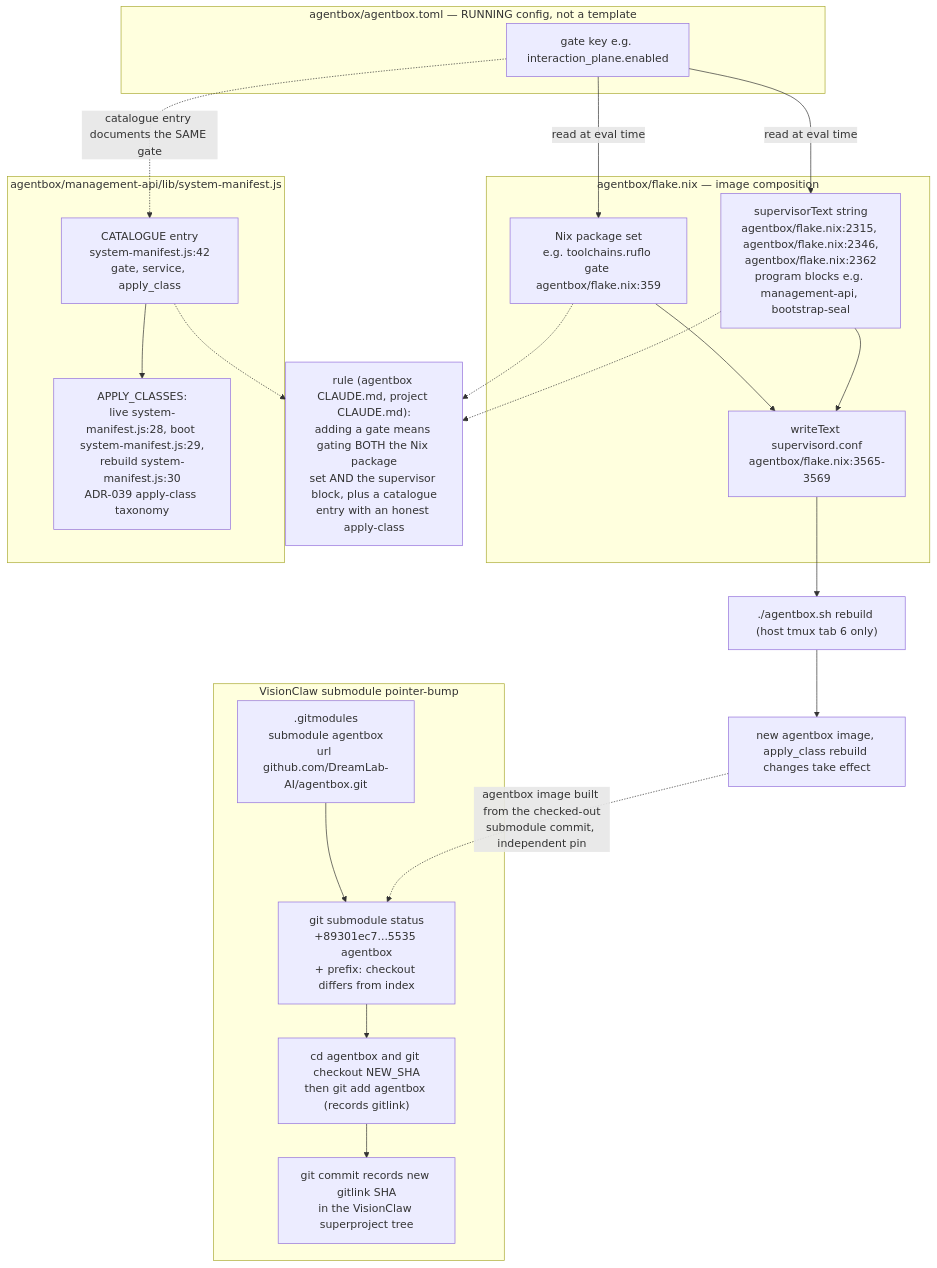
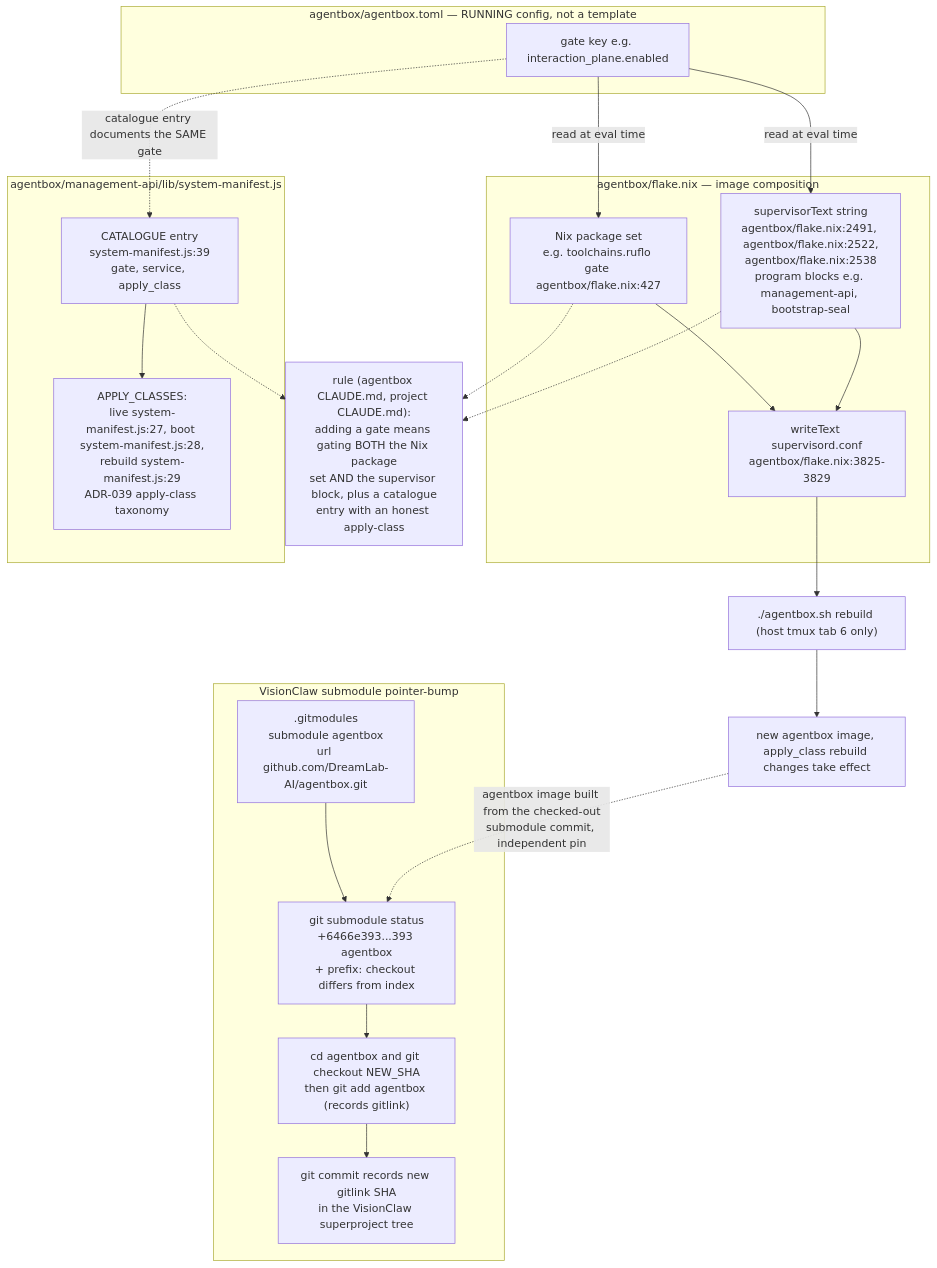
One commit to DreamLab-AI/VisionFlow changed the tenth of 24 diagrams in docs/diagrams/estate/09-build-deploy-and-ci-estate.md. Above: the diagram before and after it, drawn with Mermaid. The commit also changed other lines of this file and 111 other files, not shown here.

Commit message:
docs(diagrams): align estate maps with current source

````diff
--- a/docs/diagrams/estate/09-build-deploy-and-ci-estate.md
+++ b/docs/diagrams/estate/09-build-deploy-and-ci-estate.md
@@ -376,42 +376,42 @@
 ```mermaid
 flowchart TB
     subgraph FLAKE["agentbox/flake.nix — image composition"]
-        NIXPKG["Nix package set<br/>e.g. toolchains.ruflo gate agentbox/flake.nix:359"]
-        SUPTEXT["supervisorText string<br/>agentbox/flake.nix:2315, agentbox/flake.nix:2346,<br/>agentbox/flake.nix:2362<br/>program blocks e.g. management-api, bootstrap-seal"]
-        SUPWRITE["writeText supervisord.conf<br/>agentbox/flake.nix:3565-3569"]
+        NIXPKG["Nix package set<br/>e.g. toolchains.ruflo gate agentbox/flake.nix:427"]
+        SUPTEXT["supervisorText string<br/>agentbox/flake.nix:2491, agentbox/flake.nix:2522,<br/>agentbox/flake.nix:2538<br/>program blocks e.g. management-api, bootstrap-seal"]
+        SUPWRITE["writeText supervisord.conf<br/>agentbox/flake.nix:3825-3829"]
     end
     subgraph TOML["agentbox/agentbox.toml — RUNNING config, not a template"]
         GATEKEY["gate key e.g. interaction_plane.enabled"]
     end
     subgraph MANIFEST["agentbox/management-api/lib/system-manifest.js"]
-        CATALOGUE["CATALOGUE entry<br/>system-manifest.js:42<br/>gate, service, apply_class"]
-        APPLYCLASS["APPLY_CLASSES:<br/>live system-manifest.js:28, boot system-manifest.js:29,<br/>rebuild system-manifest.js:30<br/>ADR-039 apply-class taxonomy"]
+        CATALOGUE["CATALOGUE entry<br/>system-manifest.js:39<br/>gate, service, apply_class"]
+        APPLYCLASS["APPLY_CLASSES:<br/>live system-manifest.js:27, boot system-manifest.js:28,<br/>rebuild system-manifest.js:29<br/>ADR-039 apply-class taxonomy"]
     end
 
     GATEKEY -->|"read at eval time"| NIXPKG
     GATEKEY -->|"read at eval time"| SUPTEXT
     NIXPKG --> SUPWRITE
     SUPTEXT --> SUPWRITE
     GATEKEY -.->|"catalogue entry documents the SAME gate"| CATALOGUE
     CATALOGUE --> APPLYCLASS
 
     RULE["rule (agentbox CLAUDE.md, project CLAUDE.md):<br/>adding a gate means gating BOTH the Nix package<br/>set AND the supervisor block, plus a catalogue<br/>entry with an honest apply-class"]
     NIXPKG -.-> RULE
     SUPTEXT -.-> RULE
     CATALOGUE -.-> RULE
 
     REBUILD["./agentbox.sh rebuild (host tmux tab 6 only)"]
     SUPWRITE --> REBUILD
     REBUILD --> IMAGE["new agentbox image, apply_class rebuild changes take effect"]
 
     subgraph SUBMOD["VisionClaw submodule pointer-bump"]
         GITMODULES[".gitmodules<br/>submodule agentbox<br/>url github.com/DreamLab-AI/agentbox.git"]
-        SUBSTATUS["git submodule status<br/>+89301ec7...5535 agentbox<br/>+ prefix: checkout differs from index"]
+        SUBSTATUS["git submodule status<br/>+6466e393...393 agentbox<br/>+ prefix: checkout differs from index"]
         SUBUPDATE["cd agentbox and git checkout NEW_SHA<br/>then git add agentbox (records gitlink)"]
         SUBCOMMIT["git commit records new gitlink SHA<br/>in the VisionClaw superproject tree"]
     end
     GITMODULES --> SUBSTATUS
     SUBSTATUS --> SUBUPDATE
     SUBUPDATE --> SUBCOMMIT
     IMAGE -.->|"agentbox image built from the checked-out<br/>submodule commit, independent pin"| SUBSTATUS
 ```
````
